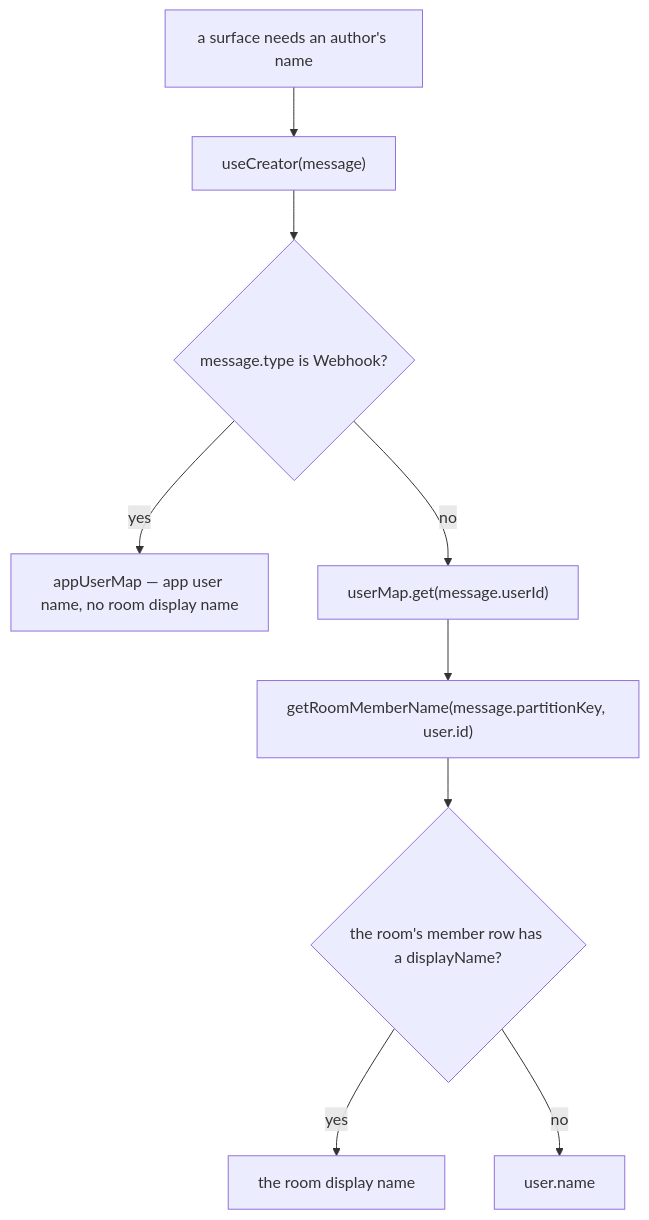
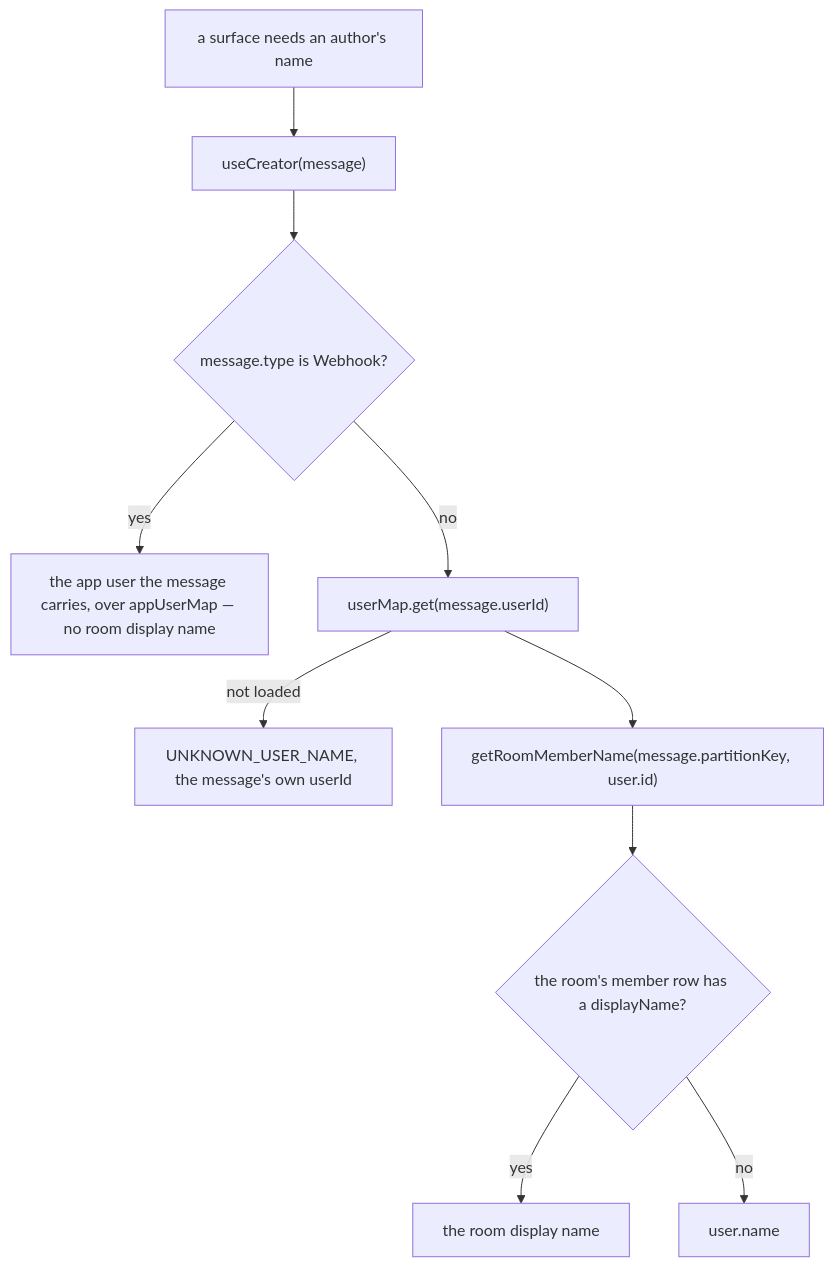
One commit to Esposter/Esposter changed the first of 2 diagrams in openspec/specs/esbabbler/display-names/design.md. Above: the diagram before and after it, drawn with Mermaid. The commit also changed other lines of this file and 8 other files, not shown here.

First line of the commit message:
fix(web): a message whose author nobody can resolve is drawn under a placeholder, never dropped

````diff
--- a/openspec/specs/esbabbler/display-names/design.md
+++ b/openspec/specs/esbabbler/display-names/design.md
@@ -24,11 +24,12 @@
 ```mermaid
 flowchart TD
   Render["a surface needs an author's name"] --> Creator["useCreator(message)"]
   Creator --> Webhook{"message.type is Webhook?"}
-  Webhook -->|"yes"| AppUser["appUserMap — app user name, no room display name"]
+  Webhook -->|"yes"| AppUser["the app user the message carries, over appUserMap — no room display name"]
   Webhook -->|"no"| User["userMap.get(message.userId)"]
+  User -->|"not loaded"| Placeholder["UNKNOWN_USER_NAME, the message's own userId"]
   User --> Display["getRoomMemberName(message.partitionKey, user.id)"]
   Display --> HasDisplayName{"the room's member row has a displayName?"}
   HasDisplayName -->|"yes"| RoomDisplayName["the room display name"]
   HasDisplayName -->|"no"| Global["user.name"]
 ```
````
